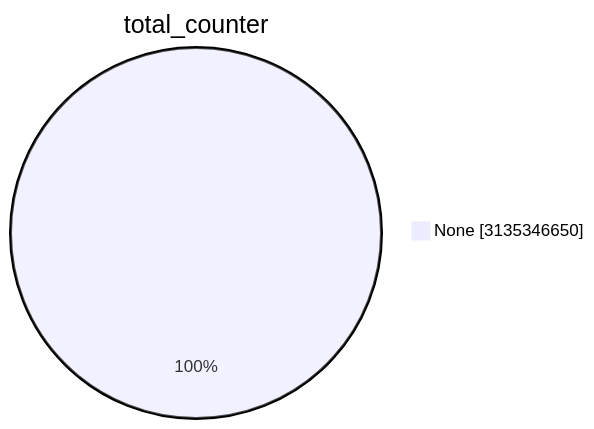
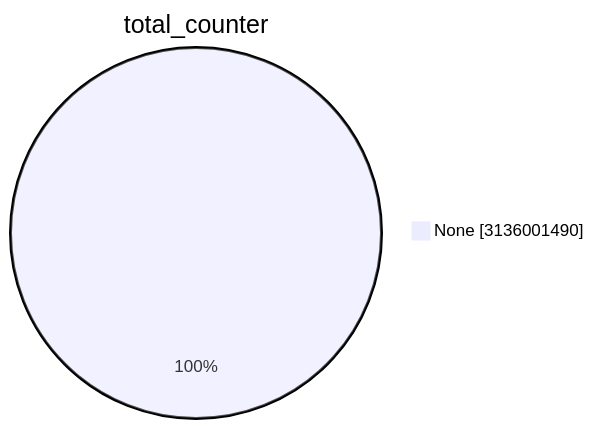
One commit to christiankrug/ctmonitor_visualization changed the first of 15 diagrams in TOTAL/README.md. Above: the diagram before and after it, drawn with Mermaid. The commit also changed other lines of this file, not shown here.

````diff
--- a/TOTAL/README.md
+++ b/TOTAL/README.md
@@ -1,5 +1,5 @@
 ```mermaid
 pie showData
 title total_counter
-"None" :3135346650
+"None" :3136001490
 ```
````
